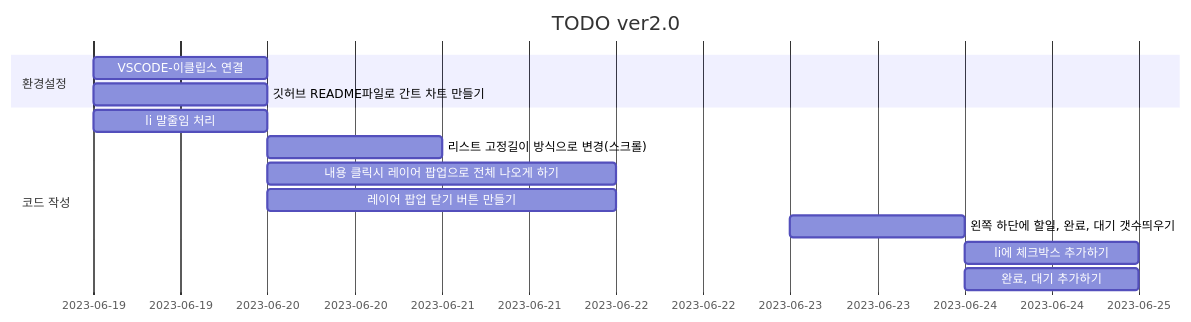
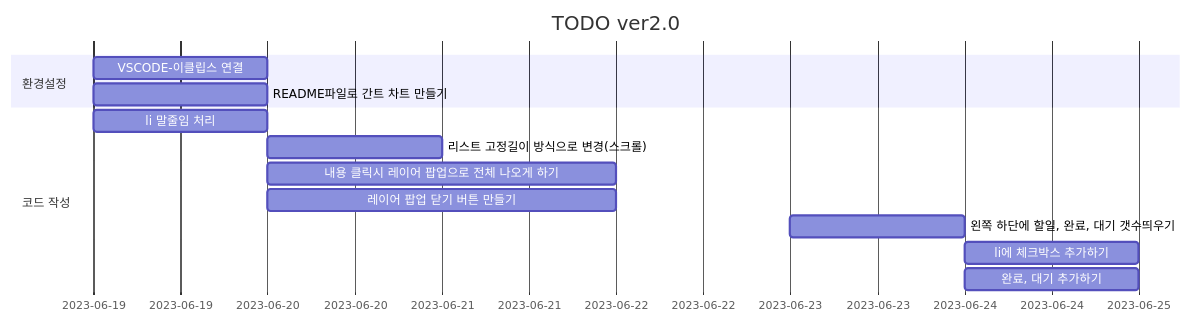
One commit to UDONGSALI/Toy-Project changed the diagram in TODO_ver2/README.md. Above: the diagram before and after it, drawn with Mermaid.

````diff
--- a/TODO_ver2/README.md
+++ b/TODO_ver2/README.md
@@ -24,16 +24,16 @@
 ```mermaid
 gantt
     title TODO ver2.0
     dateFormat  YYYY-MM-DD
     section 환경설정
     VSCODE-이클립스 연결:2023-06-19, 1d
-    깃허브 README파일로 간트 차트 만들기:2023-06-19, 1d
+    README파일로 간트 차트 만들기:2023-06-19, 1d
     section 코드 작성
     li 말줄임 처리: 2023-06-19, 1d
     리스트 고정길이 방식으로 변경(스크롤): 2023-06-20, 1d
     내용 클릭시 레이어 팝업으로 전체 나오게 하기: 2023-06-20, 2d
     레이어 팝업 닫기 버튼 만들기: 2023-06-20, 2d
     왼쪽 하단에 할일, 완료, 대기 갯수띄우기: 2023-06-23, 1d
     li에 체크박스 추가하기: 2023-06-24, 1d
     완료, 대기 추가하기: 2023-06-24, 1d
 ```
````
